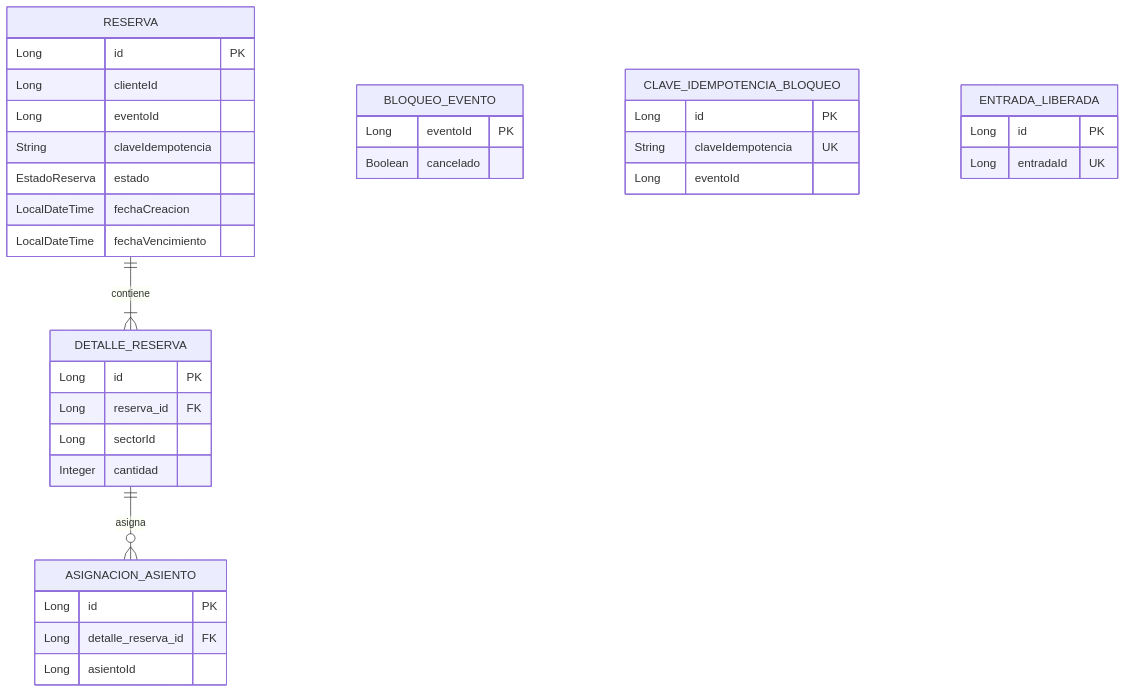
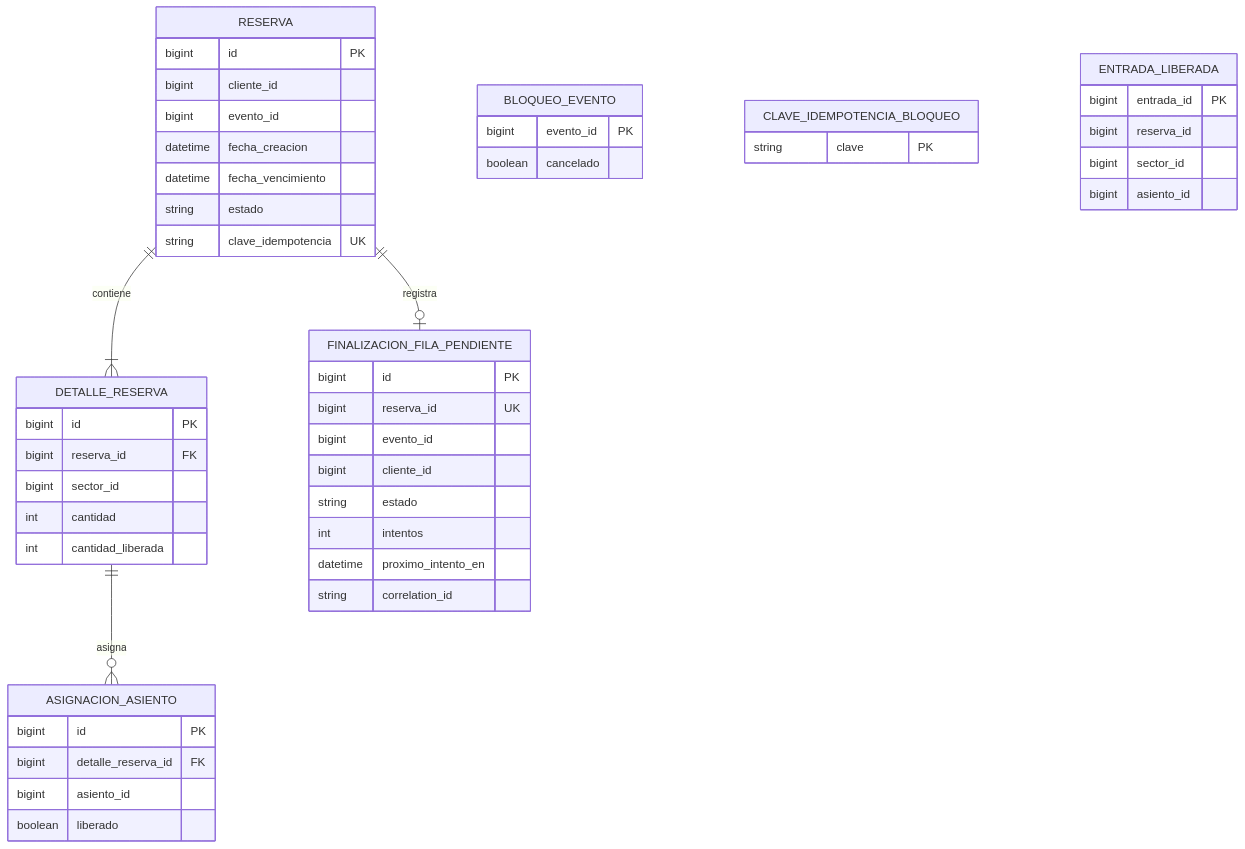
The diagram in TPE-micro2/msvc-reservas/docs/03-MODELO-DE-DATOS-RESERVAS.md (LuliDiNucci/arquitecturasGrupo12), drawn with Mermaid before and after one commit. The commit also changed other lines of this file and 294 other files, not shown here.

````diff
--- a/TPE-micro2/msvc-reservas/docs/03-MODELO-DE-DATOS-RESERVAS.md
+++ b/TPE-micro2/msvc-reservas/docs/03-MODELO-DE-DATOS-RESERVAS.md
@@ -117,44 +11,58 @@
 ```mermaid
 erDiagram
     RESERVA ||--|{ DETALLE_RESERVA : contiene
     DETALLE_RESERVA ||--o{ ASIGNACION_ASIENTO : asigna
+    RESERVA ||--o| FINALIZACION_FILA_PENDIENTE : registra
 
     RESERVA {
-        Long id PK
-        Long clienteId
-        Long eventoId
-        String claveIdempotencia
-        EstadoReserva estado
-        LocalDateTime fechaCreacion
-        LocalDateTime fechaVencimiento
+        bigint id PK
+        bigint cliente_id
+        bigint evento_id
+        datetime fecha_creacion
+        datetime fecha_vencimiento
+        string estado
+        string clave_idempotencia UK
     }
 
     DETALLE_RESERVA {
-        Long id PK
-        Long reserva_id FK
-        Long sectorId
-        Integer cantidad
+        bigint id PK
+        bigint reserva_id FK
+        bigint sector_id
+        int cantidad
+        int cantidad_liberada
     }
 
     ASIGNACION_ASIENTO {
-        Long id PK
-        Long detalle_reserva_id FK
-        Long asientoId
+        bigint id PK
+        bigint detalle_reserva_id FK
+        bigint asiento_id
+        boolean liberado
     }
 
     BLOQUEO_EVENTO {
-        Long eventoId PK
-        Boolean cancelado
+        bigint evento_id PK
+        boolean cancelado
     }
 
     CLAVE_IDEMPOTENCIA_BLOQUEO {
-        Long id PK
-        String claveIdempotencia UK
-        Long eventoId
+        string clave PK
     }
 
     ENTRADA_LIBERADA {
-        Long id PK
-        Long entradaId UK
+        bigint entrada_id PK
+        bigint reserva_id
+        bigint sector_id
+        bigint asiento_id
+    }
+
+    FINALIZACION_FILA_PENDIENTE {
+        bigint id PK
+        bigint reserva_id UK
+        bigint evento_id
+        bigint cliente_id
+        string estado
+        int intentos
+        datetime proximo_intento_en
+        string correlation_id
     }
 ```
````
